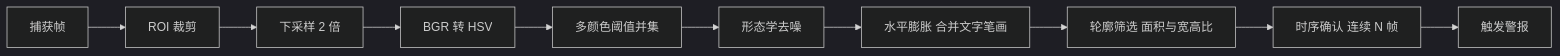
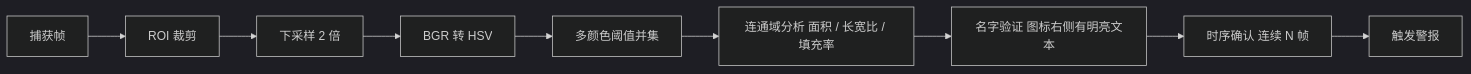
Before and after one commit to ruanpy-1104/eve-local-alert: the second of 2 diagrams in eve-alert/docs/DESIGN.md, drawn with Mermaid (dark theme). The commit also changed other lines of this file and 9 other files, not shown here.

First line of the commit message:
优化颜色命中算法：图标检测替代文字条形

````diff
--- a/eve-alert/docs/DESIGN.md
+++ b/eve-alert/docs/DESIGN.md
@@ -126,12 +128,11 @@
 ```mermaid
 flowchart LR
     A["捕获帧"] --> B["ROI 裁剪"]
     B --> C["下采样 2 倍"]
     C --> D["BGR 转 HSV"]
     D --> E["多颜色阈值并集"]
-    E --> F["形态学去噪"]
-    F --> G["水平膨胀 合并文字笔画"]
-    G --> H["轮廓筛选 面积与宽高比"]
-    H --> I["时序确认 连续 N 帧"]
-    I --> J["触发警报"]
+    E --> F["连通域分析 面积 / 长宽比 / 填充率"]
+    F --> G["名字验证 图标右侧有明亮文本"]
+    G --> H["时序确认 连续 N 帧"]
+    H --> I["触发警报"]
 ```
````
